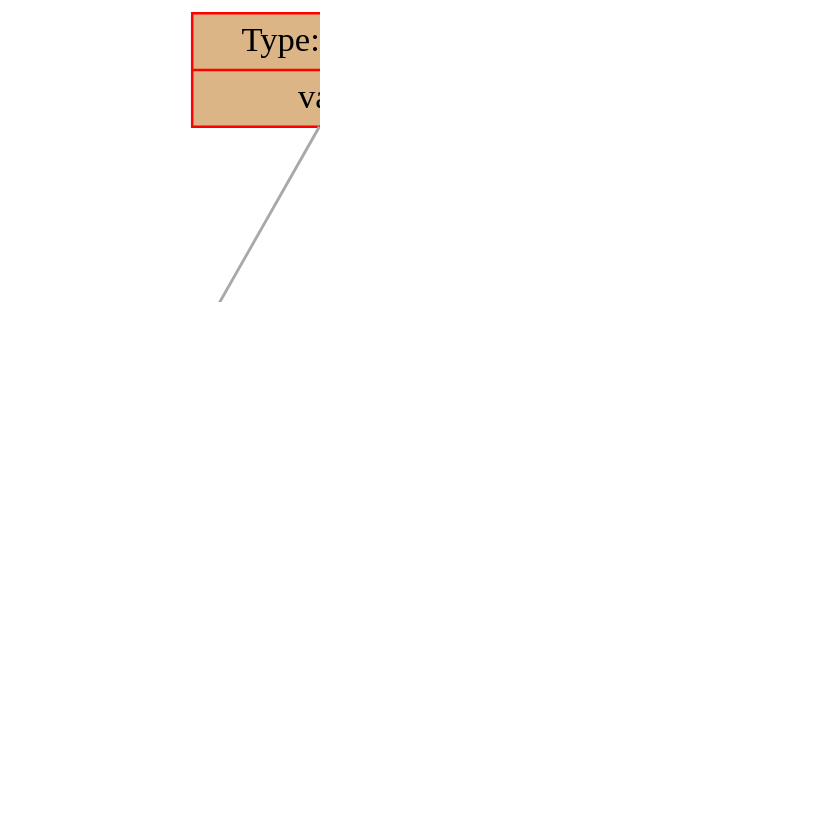
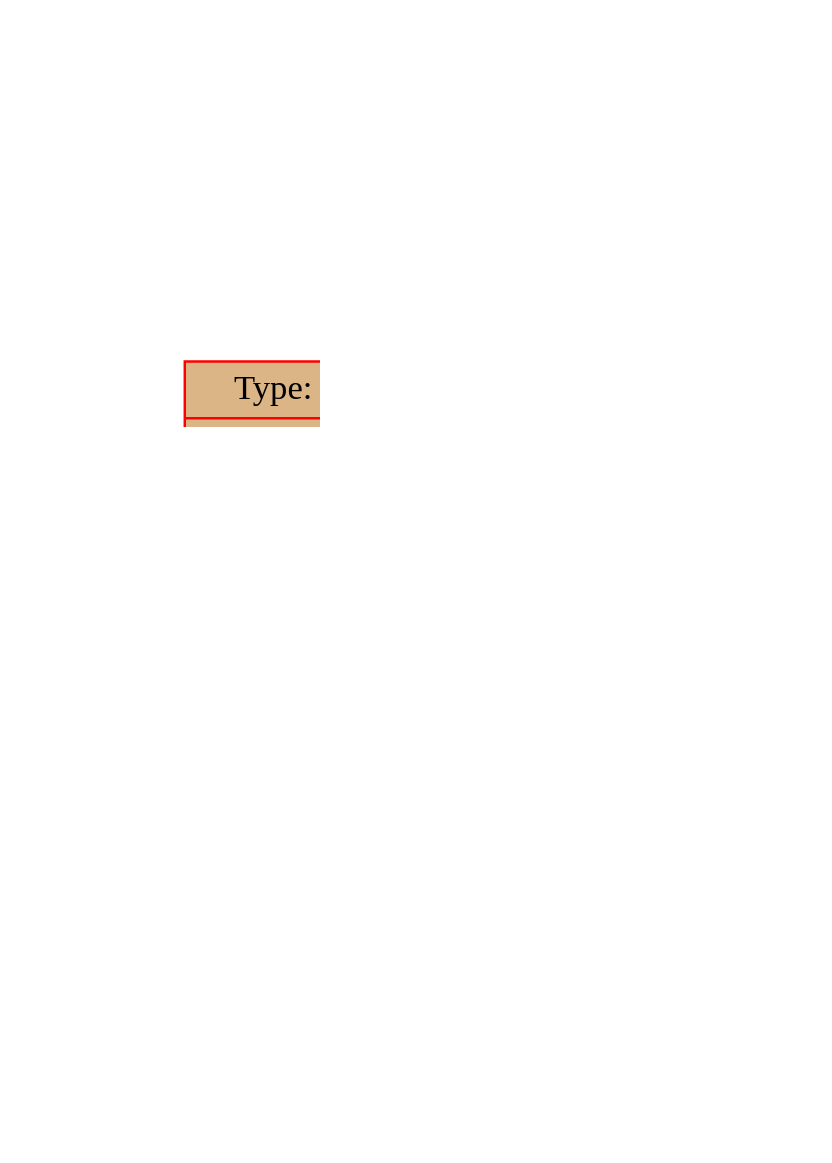
One commit to dodokek/Derivative-Calculator changed the diagram in data/graph.dot. Above: the diagram before and after it, drawn with Graphviz. The commit also changed 3 other files, not shown here.

```diff
--- a/data/graph.dot
+++ b/data/graph.dot
@@ -1,25 +1,28 @@
 
     digraph g {
         dpi      = 200;
         fontname = "Comic Sans MS";
         fontsize = 20;
         rankdir   =  TB;
         edge [color = darkgrey, arrowhead = onormal, arrowsize = 1, penwidth = 1.2]
         graph[fillcolor = lightgreen, ranksep = 1.3, nodesep = 0.5,
         style = "rounded, filled",color = green, penwidth = 2]
 
-    Node000001eb58741840[shape=record, width=0.2, style="filled", color="red", fillcolor="#DBB585",label=" {Type: operation | value: -}"] 
+    Node000001ccecea1d40[shape=record, width=0.2, style="filled", color="red", fillcolor="#DBB585",label=" {Type: operation | value: ^}"] 
  
-Node000001eb58741780[shape=record, width=0.2, style="filled", color="red", fillcolor="#DB8E21",label=" {Type: number | value: 5}"] 
+Node000001ccecea1ce0[shape=record, width=0.2, style="filled", color="red", fillcolor="#DBB585",label=" {Type: operation | value: sin}"] 
  
-Node000001eb58741810[shape=record, width=0.2, style="filled", color="red", fillcolor="#DBB585",label=" {Type: operation | value: +}"] 
+Node000001ccecea1cb0[shape=record, width=0.2, style="filled", color="red", fillcolor="#DBB585",label=" {Type: operation | value: \cdot}"] 
  
-Node000001eb587417b0[shape=record, width=0.2, style="filled", color="red", fillcolor="#DB8E21",label=" {Type: number | value: 1}"] 
+Node000001ccecea1c50[shape=record, width=0.2, style="filled", color="red", fillcolor="#DB8E21",label=" {Type: number | value: 2}"] 
  
-Node000001eb587417e0[shape=record, width=0.2, style="filled", color="red", fillcolor="#DB8E21",label=" {Type: number | value: 2}"] 
+Node000001ccecea1c80[shape=record, width=0.2, style="filled", color="red", fillcolor="#19DB27",label=" {Type: variable | value: x}"] 
  
-Node000001eb58741840->Node000001eb58741780
-Node000001eb58741840->Node000001eb58741810
-Node000001eb58741810->Node000001eb587417b0
-Node000001eb58741810->Node000001eb587417e0
+Node000001ccecea1d10[shape=record, width=0.2, style="filled", color="red", fillcolor="#DB8E21",label=" {Type: number | value: 5}"] 
+ 
+Node000001ccecea1d40->Node000001ccecea1ce0
+Node000001ccecea1ce0->Node000001ccecea1cb0
+Node000001ccecea1cb0->Node000001ccecea1c50
+Node000001ccecea1cb0->Node000001ccecea1c80
+Node000001ccecea1d40->Node000001ccecea1d10
 }
```
